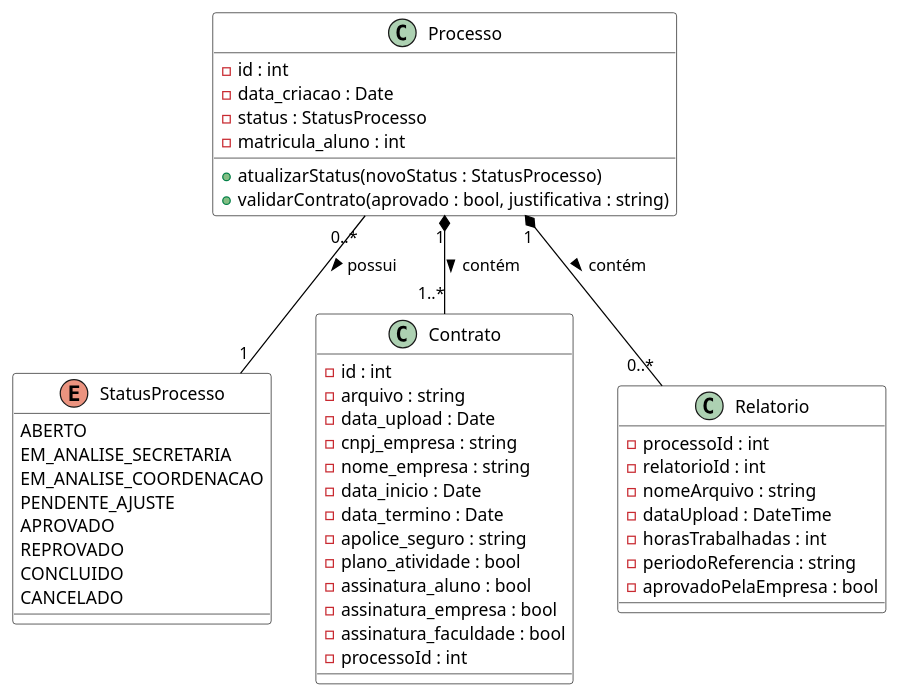
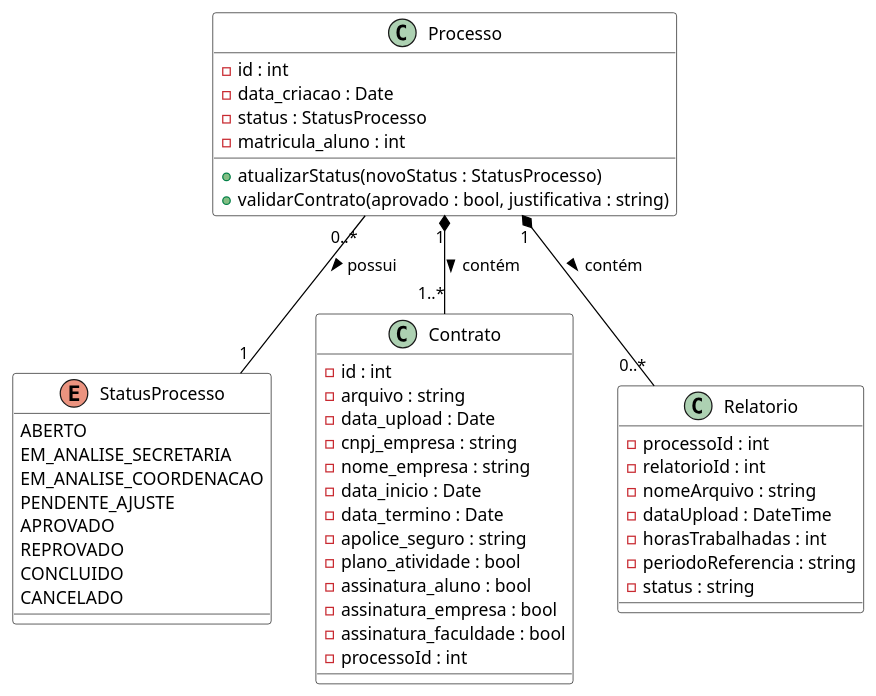
The diagram in docs/assets/Diagramas/src/diagrama_classes_processo.puml (Projetos-de-Extensao/PBE_26.1_8002_III), drawn with PlantUML before and after one commit. The commit also changed 3 other files, not shown here.

```diff
--- a/docs/assets/Diagramas/src/diagrama_classes_processo.puml
+++ b/docs/assets/Diagramas/src/diagrama_classes_processo.puml
@@ -1,63 +1,63 @@
 @startuml
 
 ' --- Estilos ---
 skinparam class {
     BackgroundColor White
     ArrowColor Black
     BorderColor Black
 }
 
 ' --- Enums ---
 enum StatusProcesso {
     ABERTO
     EM_ANALISE_SECRETARIA
     EM_ANALISE_COORDENACAO
     PENDENTE_AJUSTE
     APROVADO
     REPROVADO
     CONCLUIDO
     CANCELADO
 }
 
 ' --- Classes de Processo e Documentação ---
 class Processo {
    - id : int
    - data_criacao : Date
    - status : StatusProcesso
    - matricula_aluno : int
    + atualizarStatus(novoStatus : StatusProcesso)
    + validarContrato(aprovado : bool, justificativa : string)
 }
 
 class Contrato {
     - id : int
     - arquivo : string
     - data_upload : Date
     - cnpj_empresa : string
     - nome_empresa : string
     - data_inicio : Date
     - data_termino : Date
     - apolice_seguro : string
     - plano_atividade : bool
     - assinatura_aluno : bool
     - assinatura_empresa : bool
     - assinatura_faculdade : bool
     - processoId : int
 }
 
 class Relatorio {
     - processoId : int
     - relatorioId : int
     - nomeArquivo : string
     - dataUpload : DateTime
     - horasTrabalhadas : int
     - periodoReferencia : string
-    - aprovadoPelaEmpresa : bool
+    - status : string
 }
 
 ' --- Relacionamentos de Processo ---
 Processo "1" *-- "1..*" Contrato : contém >
 Processo "1" *-- "0..*" Relatorio : contém >
 Processo "0..*" -- "1" StatusProcesso : possui >
 
 @enduml
```
